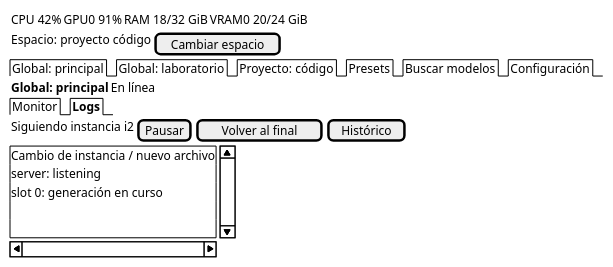
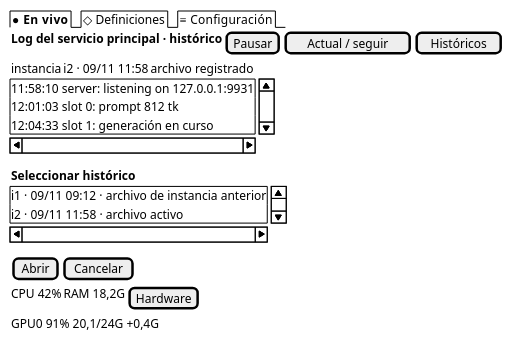
One commit to mstranich/coquena changed the diagram in docs/design/tui-logs.salt.puml. Above: the diagram before and after it, drawn with PlantUML. The commit also changed 44 other files, not shown here.

```diff
--- a/docs/design/tui-logs.salt.puml
+++ b/docs/design/tui-logs.salt.puml
@@ -1,17 +1,20 @@
 @startsalt
 {
-  { CPU 42% | GPU0 91% | RAM 18/32 GiB | VRAM0 20/24 GiB }
-  { Espacio: proyecto código | [Cambiar espacio] }
-  {/ Global: principal | Global: laboratorio | Proyecto: código | Presets | Buscar modelos | Configuración }
-  { <b>Global: principal | En línea }
-  {/ Monitor | <b>Logs }
-  { Siguiendo instancia i2 | [Pausar] | [Volver al final] | [Histórico] }
+  {/ <b>● En vivo | ◇ Definiciones | ≡ Configuración }
+  { <b>Log del servicio principal · histórico | [Pausar] | [Actual / seguir] | [Históricos] }
+  { instancia | i2 · 09/11 11:58 | archivo registrado }
   {S
-    Cambio de instancia / nuevo archivo
-    server: listening
-    slot 0: generación en curso
-    .
-    .
+    11:58:10 server: listening on 127.0.0.1:9931
+    12:01:03 slot 0: prompt 812 tk
+    12:04:33 slot 1: generación en curso
   }
+  { <b>Seleccionar histórico }
+  {S
+    i1 · 09/11 09:12 · archivo de instancia anterior
+    i2 · 09/11 11:58 · archivo activo
+  }
+  { [Abrir] | [Cancelar] }
+  { CPU 42% | RAM 18,2G | [Hardware] }
+  { GPU0 91% 20,1/24G +0,4G }
 }
 @endsalt
```
